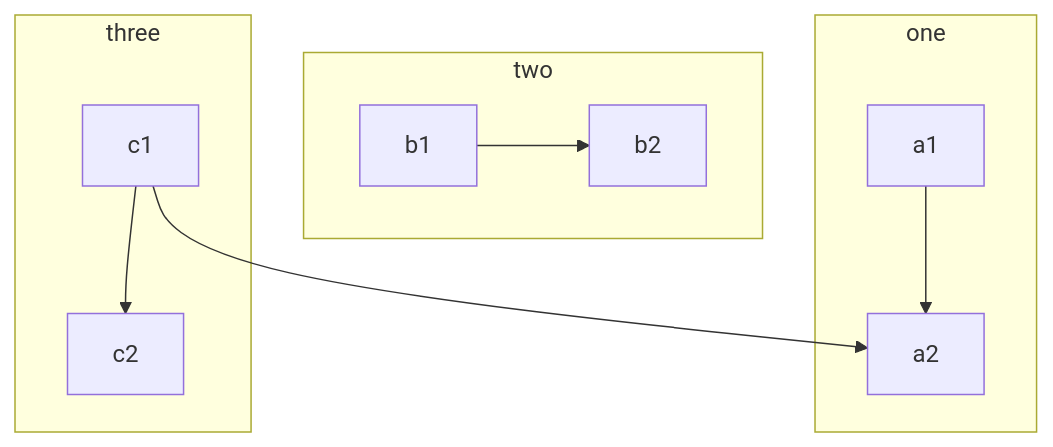
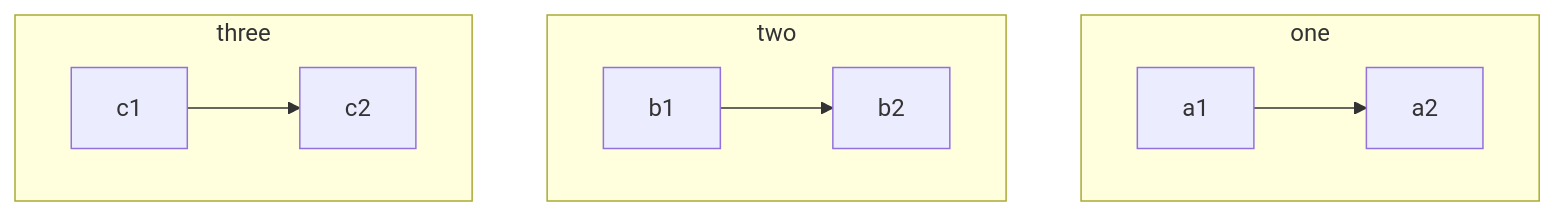
One commit to gerbssusd/dok changed the diagram in slides.md. Above: the diagram before and after it, drawn with Mermaid.

````diff
--- a/slides.md
+++ b/slides.md
@@ -217,19 +217,19 @@
 ```mermaid
 flowchart TB
-    c1-->a2
+ 
     subgraph one
     a1-->a2
     end
     subgraph two
     b1-->b2
     end
     subgraph three
     c1 --> c2
     end
 
 
 
 
 
 
 ```
````
